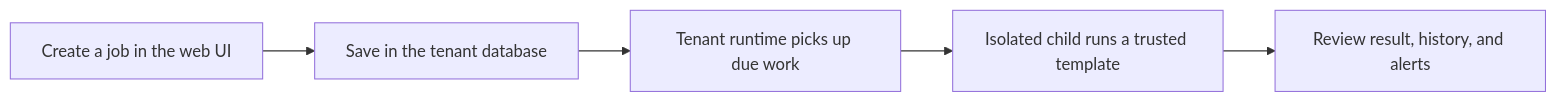
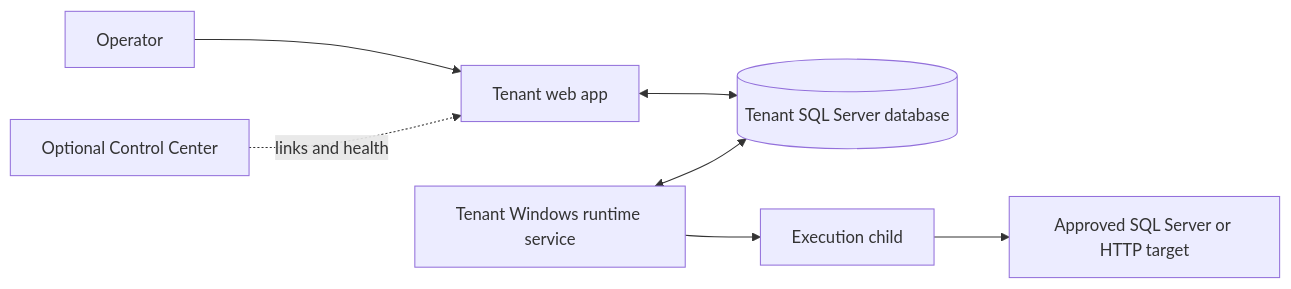
One commit to brunofreitasv/WorkerDock changed the diagram in README.md. Above: the diagram before and after it, drawn with Mermaid. The commit also changed other lines of this file, not shown here.

````diff
--- a/README.md
+++ b/README.md
@@ -26,7 +20,9 @@
 ```mermaid
 flowchart LR
-    A["Create a job in the web UI"] --> B["Save in the tenant database"]
-    B --> C["Tenant runtime picks up due work"]
-    C --> D["Isolated child runs a trusted template"]
-    D --> E["Review result, history, and alerts"]
+    Operator["Operator"] --> Web["Tenant web app"]
+    Web <--> Database[("Tenant SQL Server database")]
+    Runtime["Tenant Windows runtime service"] <--> Database
+    Runtime --> Child["Execution child"]
+    Child --> Target["Approved SQL Server or HTTP target"]
+    Center["Optional Control Center"] -. "links and health" .-> Web
 ```
````
